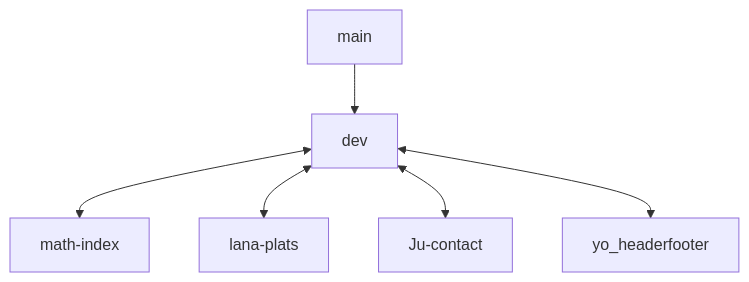
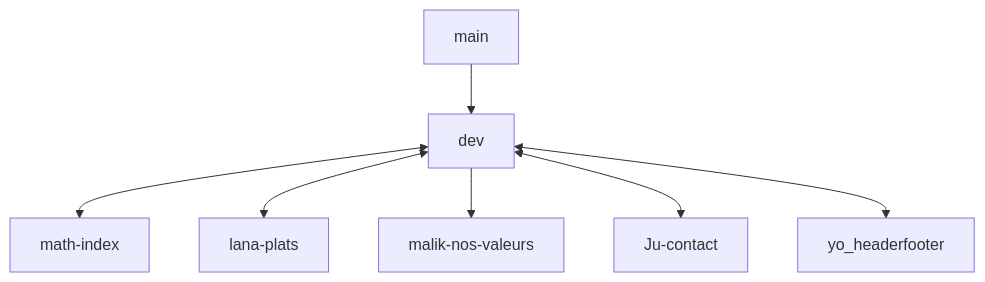
The second of 2 diagrams in README.md (WildCodeSchool/2022-09-JS-RemoteFR-LesCrewStillants-P1-Restaurant), drawn with Mermaid before and after one commit. The commit also changed other lines of this file, not shown here.

````diff
--- a/README.md
+++ b/README.md
@@ -43,8 +43,9 @@
 ```mermaid
 graph TD;
     main-->dev;
     dev<-->math-index;
     dev<-->lana-plats;
+    dev-->malik-nos-valeurs;
     dev<-->Ju-contact;
     dev<-->yo_headerfooter;
 ```
````
